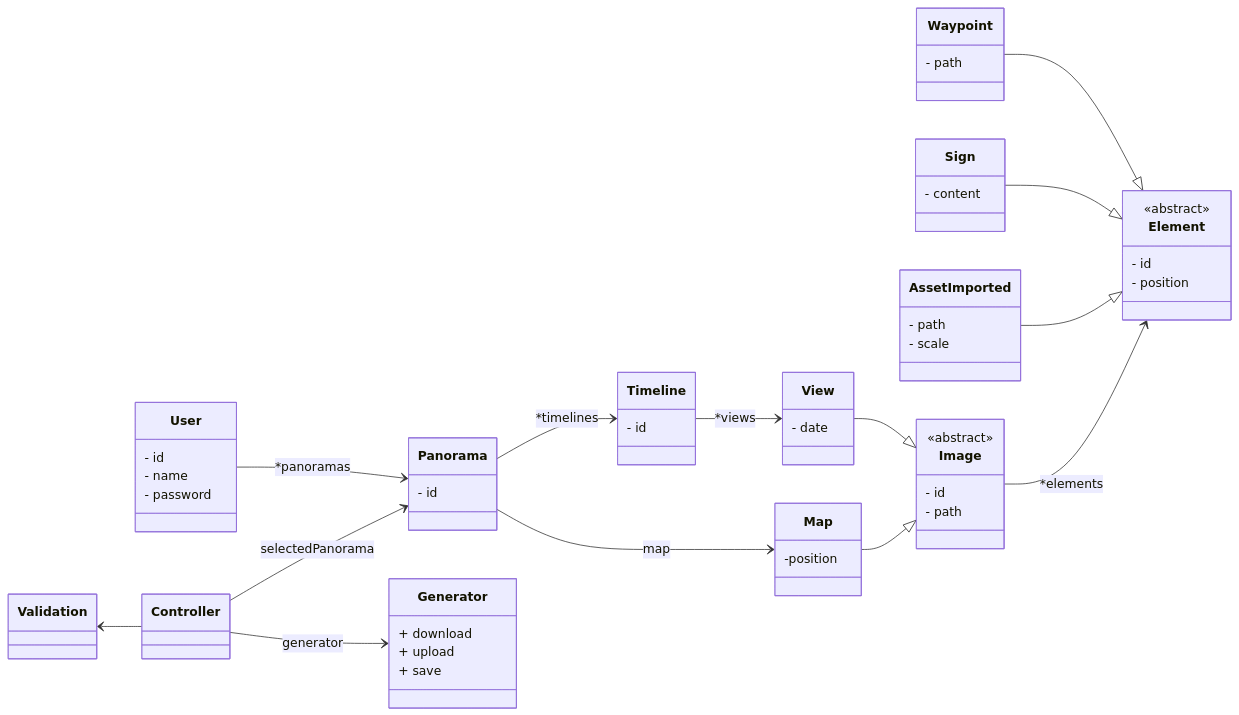
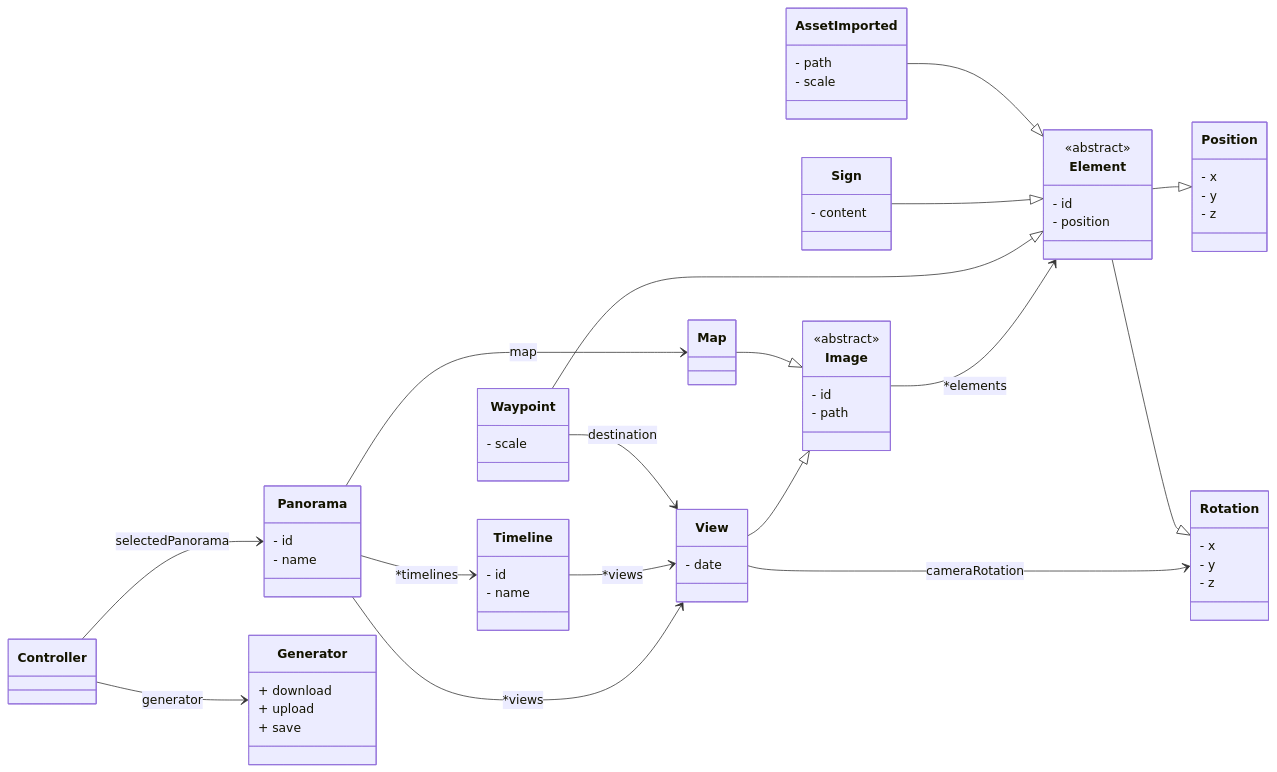
The diagram in Documentation/Diagrams/class-diagram-generator.md (axdelafuen/archivr), drawn with Mermaid before and after one commit.

Commit message:
:memo: update class diagram

````diff
--- a/Documentation/Diagrams/class-diagram-generator.md
+++ b/Documentation/Diagrams/class-diagram-generator.md
@@ -3,18 +3,11 @@
 
 direction LR
 
-class Validation
 class Controller
 
-Validation <-- Controller
-
-class User{
+class Panorama{
     - id
     - name
-    - password
-}
-class Panorama{
-    - id
 }
 class Image{
     <<abstract>>
@@ -26,9 +19,10 @@
 }
 class Timeline{
     - id
+    - name
 }
 class Map{
-    -position
+    
 }
 class Element{
     <<abstract>>
@@ -36,7 +30,7 @@
     - position
 }
 class Waypoint{
-    - path
+    - scale
 }
 class Sign{
     - content
@@ -46,27 +40,45 @@
     - scale
 }
 
-User --> Panorama:*panoramas
-
-View --|> Image
-Map --|> Image
-Waypoint --|> Element
-Sign --|> Element
-AssetImported --|> Element
-
-Image --> Element : *elements
-
-Panorama --> Map: map
-Timeline --> View : *views
-Panorama --> Timeline : *timelines
-
-Controller --> Panorama : selectedPanorama
-
+class Position{
+    - x
+    - y
+    - z
+}
+class Rotation{
+    - x
+    - y
+    - z
+}
 class Generator{
     + download
     + upload
     + save
 }
 
+Controller --> Panorama : selectedPanorama
 Controller --> Generator : generator
+
+Panorama --> View: *views
+Panorama --> Timeline : *timelines
+Panorama --> Map: map
+
+Timeline --> View : *views
+
+Image --> Element : *elements
+
+View --|> Image
+View --> Rotation:cameraRotation
+
+Map --|> Image
+
+Waypoint --|> Element
+Sign --|> Element
+AssetImported --|> Element
+
+Element --|> Position 
+Element --|> Rotation
+
+Waypoint --> View:destination
+
 ```
````
